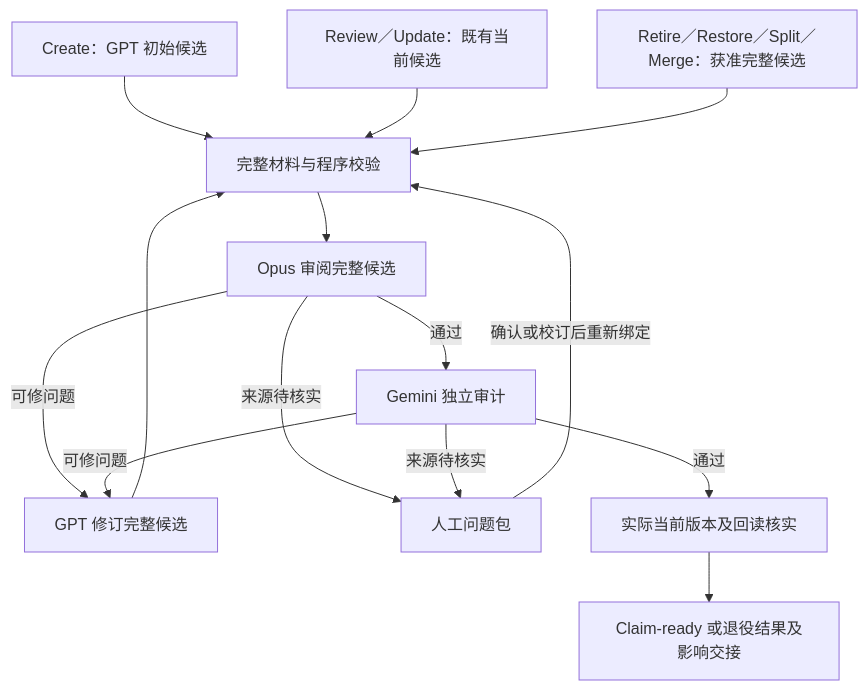
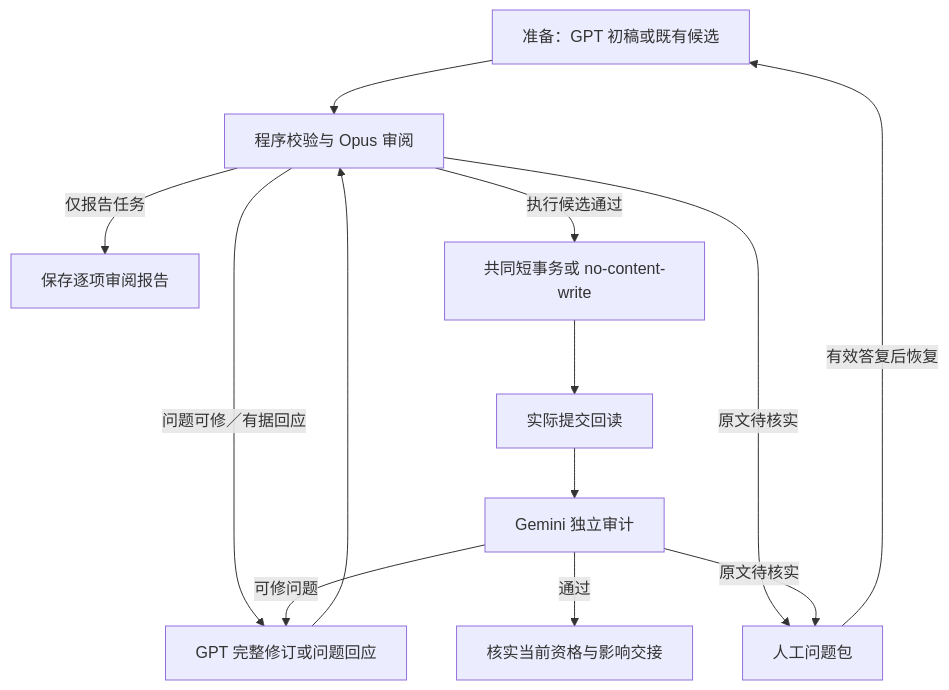
The diagram in docs/wang-knowledge-platform/20-knowledge/claim_management_2_design.md (junyang168/smart-answer), drawn with Mermaid before and after one commit. The commit also changed other lines of this file and 2 other files, not shown here.

Commit message:
docs: unify Claim operations around existing SQL lifecycle

````diff
--- a/docs/wang-knowledge-platform/20-knowledge/claim_management_2_design.md
+++ b/docs/wang-knowledge-platform/20-knowledge/claim_management_2_design.md
@@ -154,16 +162,15 @@
 ```mermaid
 flowchart TD
-    CREATE["Create：GPT 初始候选"] --> CHECK["完整材料与程序校验"]
-    EXISTING["Review／Update：既有当前候选"] --> CHECK
-    CHANGE["Retire／Restore／Split／Merge：获准完整候选"] --> CHECK
-    CHECK --> OPUS["Opus 审阅完整候选"]
-    OPUS -->|"可修问题"| REVISE["GPT 修订完整候选"]
-    REVISE --> CHECK
-    OPUS -->|"通过"| GEMINI["Gemini 独立审计"]
-    OPUS -->|"来源待核实"| HUMAN["人工问题包"]
-    GEMINI -->|"可修问题"| REVISE
-    GEMINI -->|"来源待核实"| HUMAN
-    HUMAN -->|"确认或校订后重新绑定"| CHECK
-    GEMINI -->|"通过"| CURRENT["实际当前版本及回读核实"]
-    CURRENT --> RESULT["Claim-ready 或退役结果及影响交接"]
+    INPUT["准备：GPT 初稿或既有候选"] --> REVIEW["程序校验与 Opus 审阅"]
+    REVIEW -->|"问题可修／有据回应"| RESPONSE["GPT 完整修订或问题回应"]
+    RESPONSE --> REVIEW
+    REVIEW -->|"仅报告任务"| REPORT["保存逐项审阅报告"]
+    REVIEW -->|"执行候选通过"| APPLY["共同短事务或 no-content-write"]
+    APPLY --> READBACK["实际提交回读"]
+    READBACK --> AUDIT["Gemini 独立审计"]
+    AUDIT -->|"可修问题"| RESPONSE
+    AUDIT -->|"通过"| COMPLETE["核实当前资格与影响交接"]
+    REVIEW -->|"原文待核实"| HUMAN["人工问题包"]
+    AUDIT -->|"原文待核实"| HUMAN
+    HUMAN -->|"有效答复后恢复"| INPUT
 ```
````
